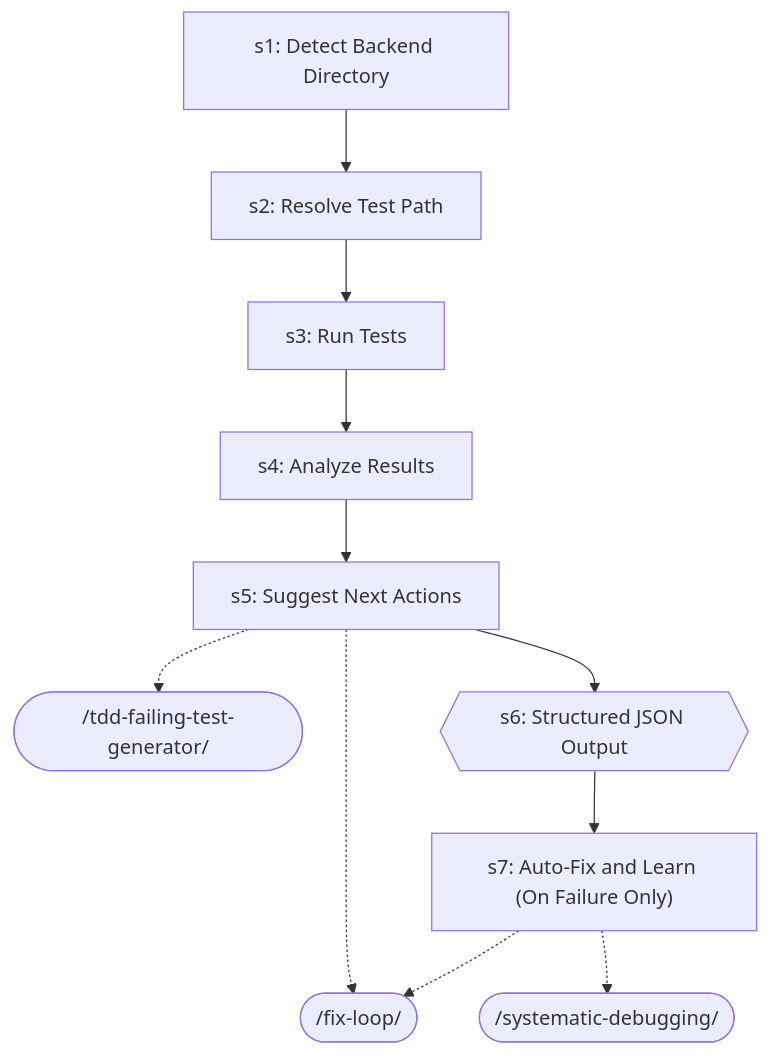
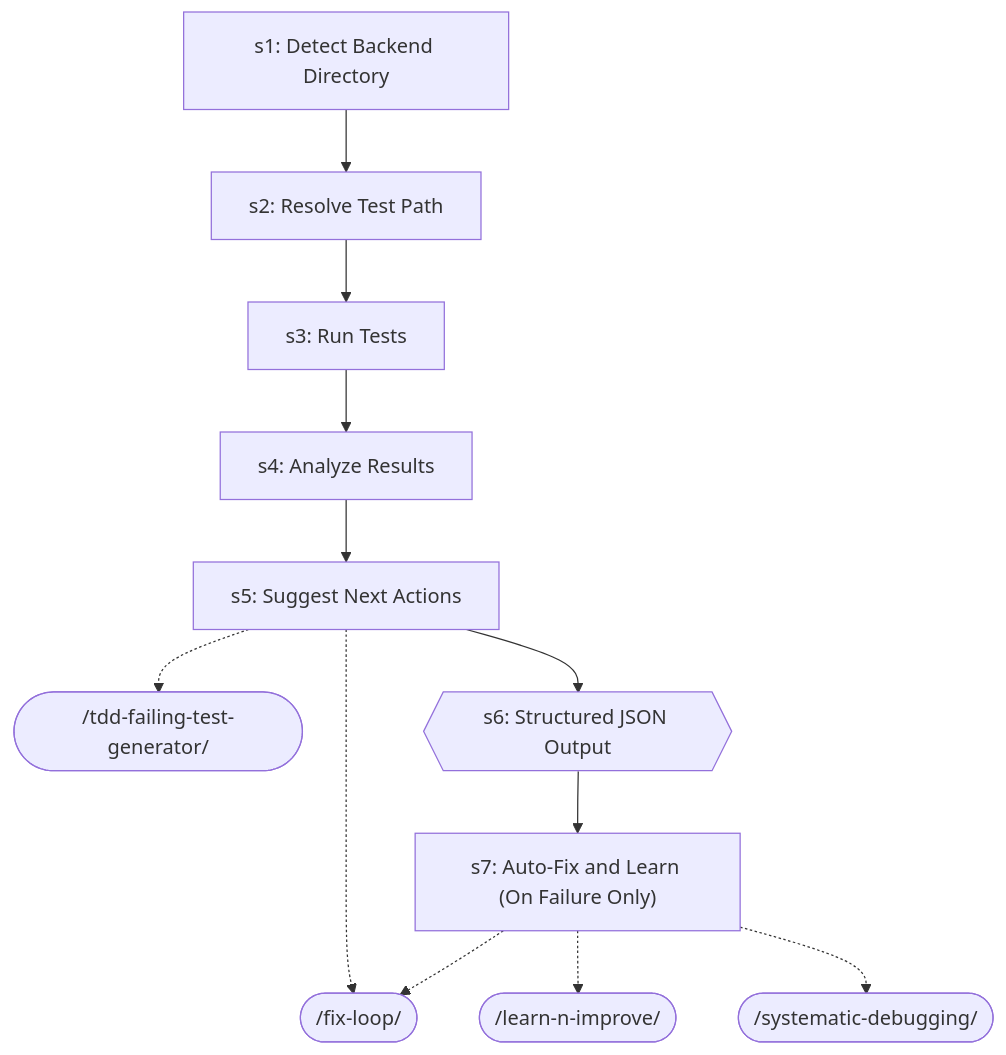
Diagram 21 of 48 in docs/workflows/testing-pipeline.md (abhayla/claude-best-practices), drawn with Mermaid before and after one commit. The commit also changed other lines of this file and 12 other files, not shown here.

````diff
--- a/docs/workflows/testing-pipeline.md
+++ b/docs/workflows/testing-pipeline.md
@@ -1007,24 +1015,26 @@
 ```mermaid
 graph TD
     s1["s1: Detect Backend Directory"]
     s2["s2: Resolve Test Path"]
     s1 --> s2
     s3["s3: Run Tests"]
     s2 --> s3
     s4["s4: Analyze Results"]
     s3 --> s4
     s5["s5: Suggest Next Actions"]
     s4 --> s5
     fix_loop_ext([/fix-loop/])
     s5 -.-> fix_loop_ext
     tdd_failing_test_generator_ext([/tdd-failing-test-generator/])
     s5 -.-> tdd_failing_test_generator_ext
     s6{{s6: Structured JSON Output}}
     s5 --> s6
     s7["s7: Auto-Fix and Learn (On Failure Only)"]
     s6 --> s7
     fix_loop_ext([/fix-loop/])
     s7 -.-> fix_loop_ext
+    learn_n_improve_ext([/learn-n-improve/])
+    s7 -.-> learn_n_improve_ext
     systematic_debugging_ext([/systematic-debugging/])
     s7 -.-> systematic_debugging_ext
 ```
````
